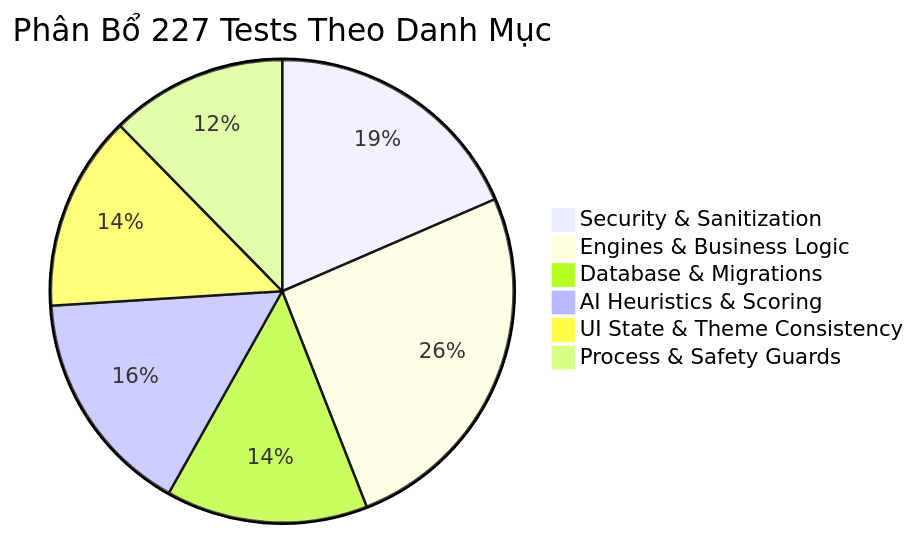
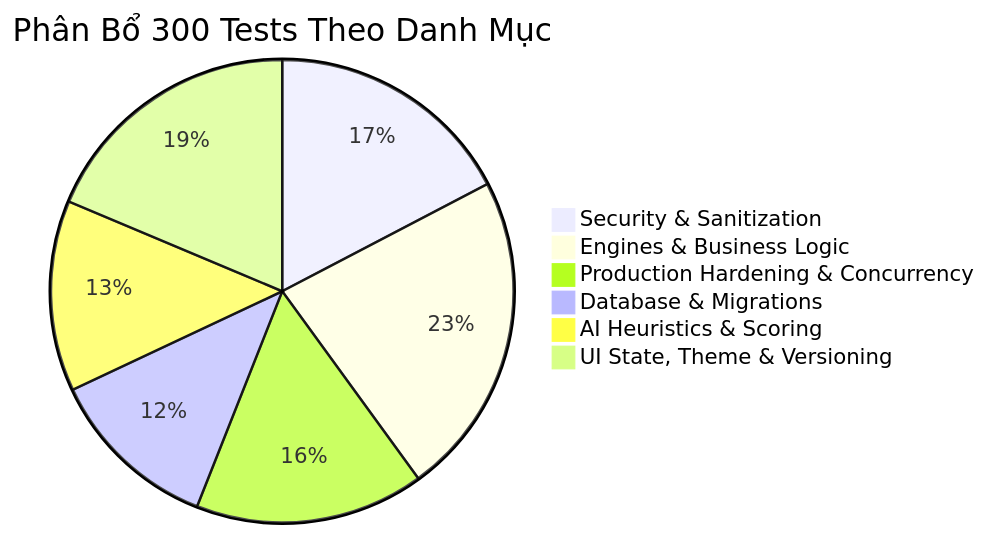
One commit to Nguyen-Trung-Tien/WinCarePro changed the diagram in docs/08_TESTING_AND_QUALITY_ASSURANCE.md. Above: the diagram before and after it, drawn with Mermaid. The commit also changed other lines of this file and 36 other files, not shown here.

````diff
--- a/docs/08_TESTING_AND_QUALITY_ASSURANCE.md
+++ b/docs/08_TESTING_AND_QUALITY_ASSURANCE.md
@@ -16,9 +16,9 @@
 ```mermaid
-pie title Phân Bổ 227 Tests Theo Danh Mục
-    "Security & Sanitization" : 42
-    "Engines & Business Logic" : 58
-    "Database & Migrations" : 32
-    "AI Heuristics & Scoring" : 36
-    "UI State & Theme Consistency" : 31
-    "Process & Safety Guards" : 28
+pie title Phân Bổ 300 Tests Theo Danh Mục
+    "Security & Sanitization" : 52
+    "Engines & Business Logic" : 68
+    "Production Hardening & Concurrency" : 48
+    "Database & Migrations" : 36
+    "AI Heuristics & Scoring" : 40
+    "UI State, Theme & Versioning" : 56
 ```
````
